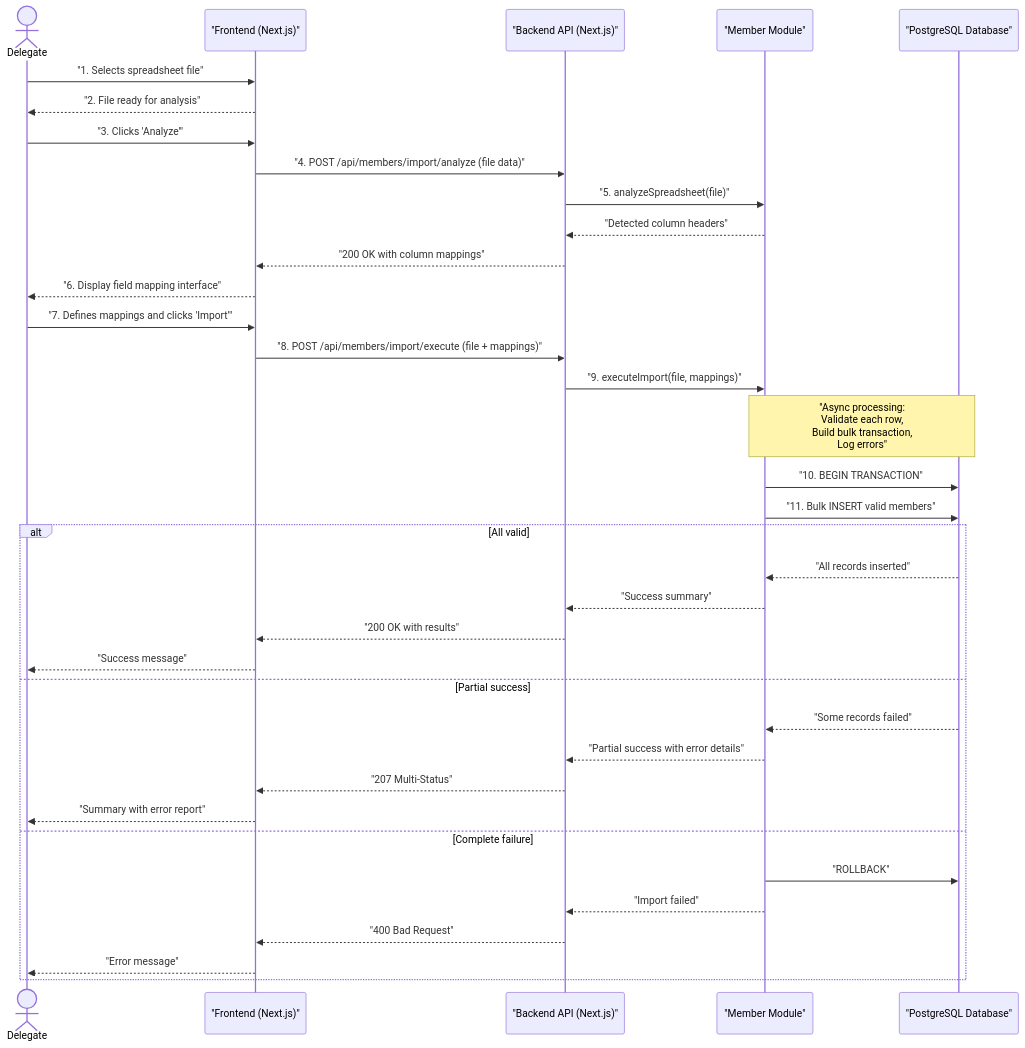
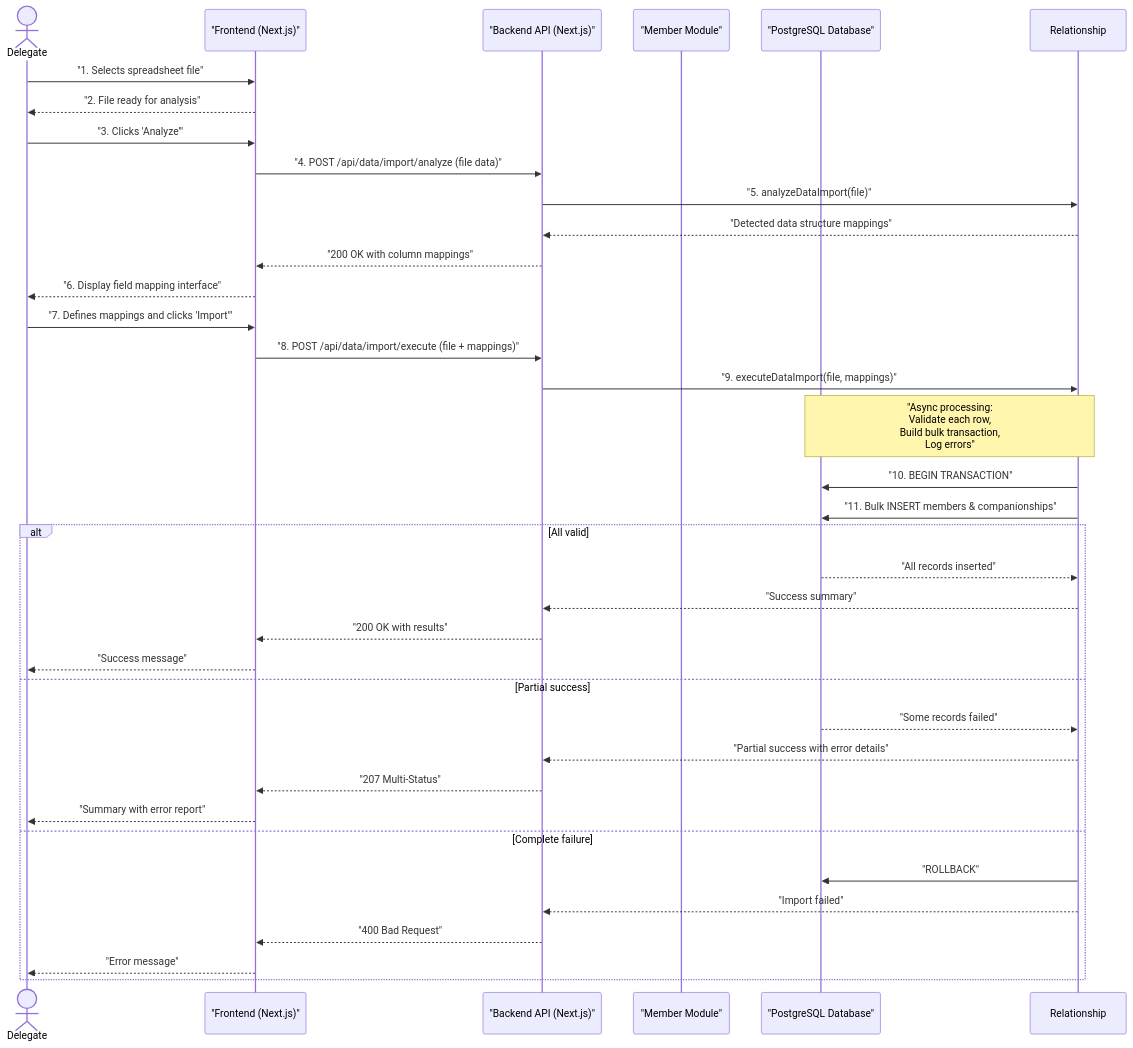
The seventh of 13 diagrams in docs/architecture.md (greg-latuszek/emma-companionship), drawn with Mermaid before and after one commit. The commit also changed other lines of this file, not shown here.

Commit message:
import belongs to relationship module not members module

````diff
--- a/docs/architecture.md
+++ b/docs/architecture.md
@@ -658,44 +658,44 @@
 ```mermaid
 sequenceDiagram
     actor User as Delegate
     participant FE as "Frontend (Next.js)"
     participant API as "Backend API (Next.js)"
     participant Member as "Member Module"
     participant DB as "PostgreSQL Database"
 
     User->>FE: "1. Selects spreadsheet file"
     FE-->>User: "2. File ready for analysis"
 
     User->>FE: "3. Clicks 'Analyze'"
-    FE->>API: "4. POST /api/members/import/analyze (file data)"
-    API->>Member: "5. analyzeSpreadsheet(file)"
-    Member-->>API: "Detected column headers"
+    FE->>API: "4. POST /api/data/import/analyze (file data)"
+    API->>Relationship: "5. analyzeDataImport(file)"
+    Relationship-->>API: "Detected data structure mappings"
     API-->>FE: "200 OK with column mappings"
     FE-->>User: "6. Display field mapping interface"
 
     User->>FE: "7. Defines mappings and clicks 'Import'"
-    FE->>API: "8. POST /api/members/import/execute (file + mappings)"
-    API->>Member: "9. executeImport(file, mappings)"
+    FE->>API: "8. POST /api/data/import/execute (file + mappings)"
+    API->>Relationship: "9. executeDataImport(file, mappings)"
     
-    Note over Member, DB: "Async processing:<br/>Validate each row,<br/>Build bulk transaction,<br/>Log errors"
+    Note over Relationship, DB: "Async processing:<br/>Validate each row,<br/>Build bulk transaction,<br/>Log errors"
     
-    Member->>DB: "10. BEGIN TRANSACTION"
-    Member->>DB: "11. Bulk INSERT valid members"
+    Relationship->>DB: "10. BEGIN TRANSACTION"
+    Relationship->>DB: "11. Bulk INSERT members & companionships"
     
     alt All valid
-        DB-->>Member: "All records inserted"
-        Member-->>API: "Success summary"
+        DB-->>Relationship: "All records inserted"
+        Relationship-->>API: "Success summary"
         API-->>FE: "200 OK with results"
         FE-->>User: "Success message"
     else Partial success
-        DB-->>Member: "Some records failed"
-        Member-->>API: "Partial success with error details"
+        DB-->>Relationship: "Some records failed"
+        Relationship-->>API: "Partial success with error details"
         API-->>FE: "207 Multi-Status"
         FE-->>User: "Summary with error report"
     else Complete failure
-        Member->>DB: "ROLLBACK"
-        Member-->>API: "Import failed"
+        Relationship->>DB: "ROLLBACK"
+        Relationship-->>API: "Import failed"
         API-->>FE: "400 Bad Request"
         FE-->>User: "Error message"
     end
 ```
````
